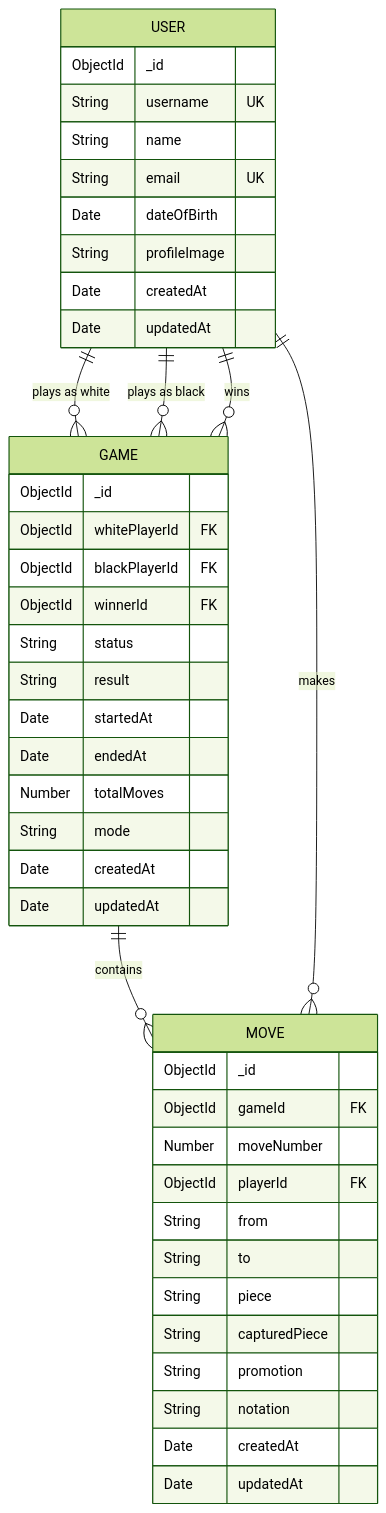
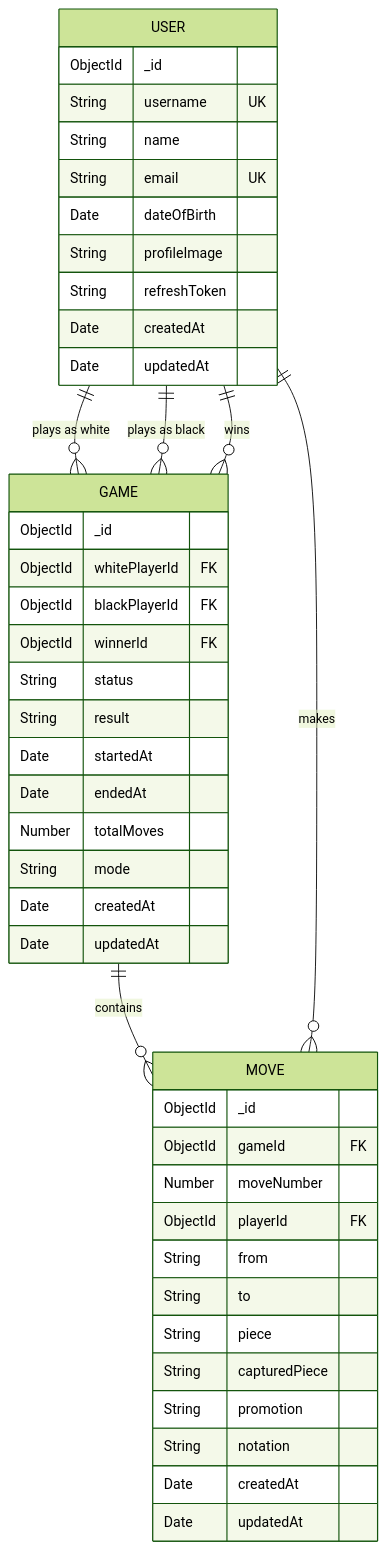
Before and after one commit to Spandana-m0206/checkmate-API: the sixth of 9 diagrams in README.md, drawn with Mermaid (forest theme). The commit also changed other lines of this file and 9 other files, not shown here.

````diff
--- a/README.md
+++ b/README.md
@@ -362,49 +375,50 @@
 ```mermaid
 erDiagram
     USER {
         ObjectId _id
         String username UK
         String name
         String email UK
         Date dateOfBirth
         String profileImage
+        String refreshToken
         Date createdAt
         Date updatedAt
     }
 
     GAME {
         ObjectId _id
         ObjectId whitePlayerId FK
         ObjectId blackPlayerId FK
         ObjectId winnerId FK
         String status
         String result
         Date startedAt
         Date endedAt
         Number totalMoves
         String mode
         Date createdAt
         Date updatedAt
     }
 
     MOVE {
         ObjectId _id
         ObjectId gameId FK
         Number moveNumber
         ObjectId playerId FK
         String from
         String to
         String piece
         String capturedPiece
         String promotion
         String notation
         Date createdAt
         Date updatedAt
     }
 
     USER ||--o{ GAME : "plays as white"
     USER ||--o{ GAME : "plays as black"
     USER ||--o{ GAME : "wins"
     GAME ||--o{ MOVE : "contains"
     USER ||--o{ MOVE : "makes"
 ```
````
